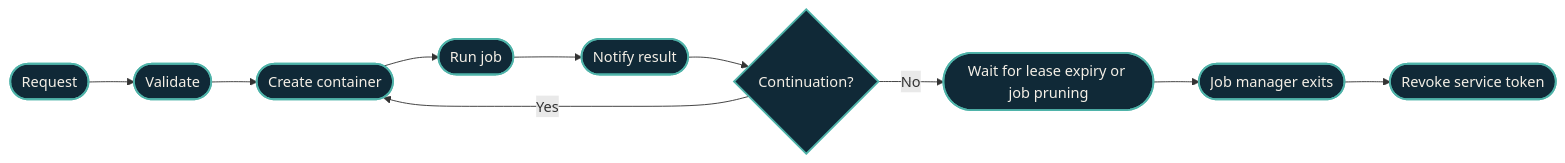
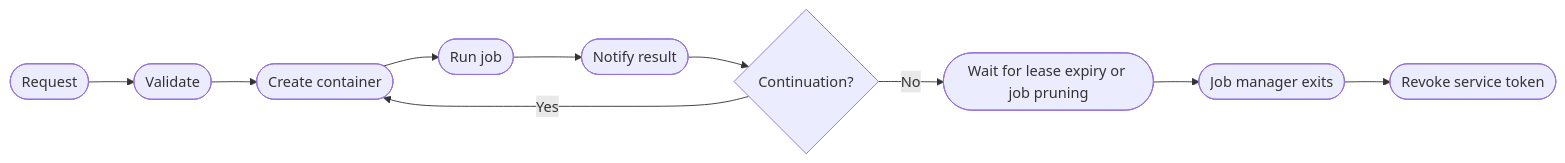
The second of 3 diagrams in autonomous-agents/runtime.mdx (dryvist/docs), drawn with Mermaid before and after one commit. The commit also changed other lines of this file and 3 other files, not shown here.

````diff
--- a/autonomous-agents/runtime.mdx
+++ b/autonomous-agents/runtime.mdx
@@ -89,24 +120,21 @@
 ```mermaid
 %%{init: {"theme":"base","look":"handDrawn","themeVariables":{"primaryColor":"#123a36","primaryTextColor":"#f4efe6","primaryBorderColor":"#4fb3a9","lineColor":"#4fb3a9","secondaryColor":"#0b1d2a","tertiaryColor":"#16293a","clusterBkg":"#08151f","clusterBorder":"#4fb3a9","fontFamily":"'Geist Sans', system-ui, -apple-system, BlinkMacSystemFont, 'Segoe UI', Roboto, sans-serif","fontSize":"14px"}}}%%
 flowchart LR
   classDef src fill:#16293a,stroke:#e06b4a,stroke-width:2px,color:#f4efe6;
   classDef ai fill:#16293a,stroke:#e06b4a,stroke-width:2px,color:#f4efe6;
   classDef gate fill:#16293a,stroke:#e06b4a,stroke-width:2.5px,color:#f4efe6;
   classDef hop fill:#16293a,stroke:#4fb3a9,stroke-width:2px,color:#f4efe6;
   classDef host fill:#16293a,stroke:#4fb3a9,stroke-width:2px,color:#f4efe6;
   classDef sink fill:#16293a,stroke:#f4efe6,stroke-width:2px,color:#f4efe6;
   classDef auto fill:#16293a,stroke:#f4efe6,stroke-width:1.5px,color:#f4efe6;
   classDef external fill:#16293a,stroke:#e6b35a,stroke-width:2px,color:#f4efe6;
   Request([Request]) --> Validate([Validate])
   Validate --> Create([Create container])
   Create --> Run([Run job])
   Run --> Notify([Notify result])
   Notify --> Continue{Continuation?}
   Continue -- Yes --> Create
   Continue -- No --> Wait([Wait for lease expiry or job pruning])
   Wait --> Exit([Job manager exits])
   Exit --> Revoke([Revoke service token])
-
-  classDef n fill:#102937,stroke:#4FB3A9,stroke-width:2px,color:#F4EFE6;
-  class Request,Validate,Create,Run,Notify,Continue,Wait,Exit,Revoke n
 ```
````
